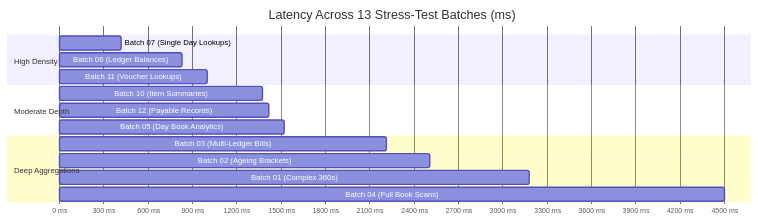
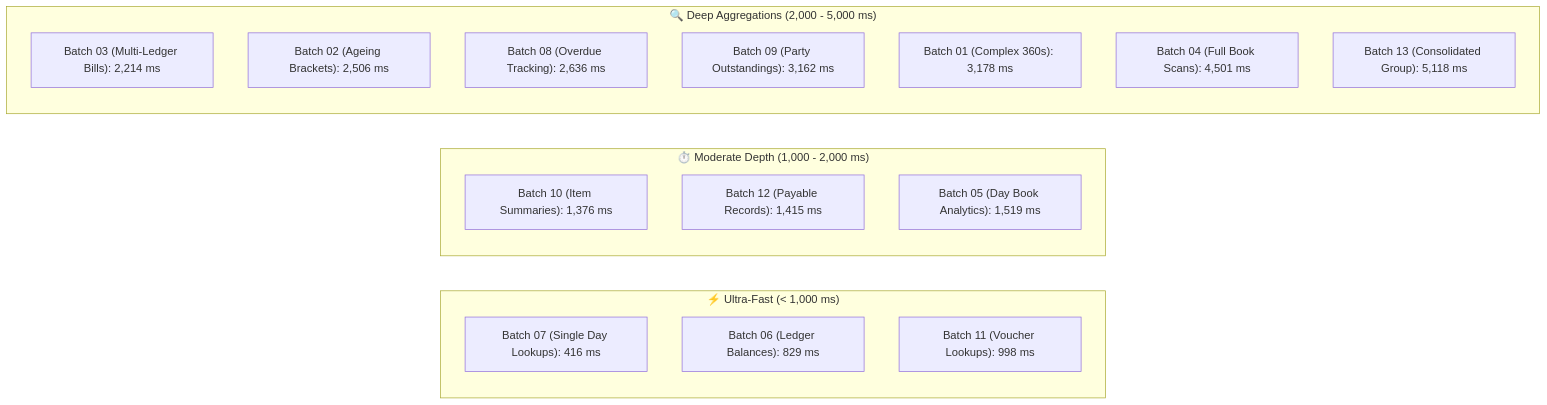
One commit to Avi-Tally/ML_ONNX changed the fourth of 6 diagrams in reports/PRESENTATION_DECK_AI_PROJECT_2.md. Above: the diagram before and after it, drawn with Mermaid. The commit also changed other lines of this file, not shown here.

````diff
--- a/reports/PRESENTATION_DECK_AI_PROJECT_2.md
+++ b/reports/PRESENTATION_DECK_AI_PROJECT_2.md
@@ -259,20 +272,24 @@
 ```mermaid
-gantt
-    title Latency Across 13 Stress-Test Batches (ms)
-    dateFormat  X
-    axisFormat %s ms
+flowchart LR
+    subgraph FastPath ["⚡ Ultra-Fast (< 1,000 ms)"]
+        B07["Batch 07 (Single Day Lookups): 416 ms"]
+        B06["Batch 06 (Ledger Balances): 829 ms"]
+        B11["Batch 11 (Voucher Lookups): 998 ms"]
+    end
 
-    section High Density
-    Batch 07 (Single Day Lookups) :0, 416
-    Batch 06 (Ledger Balances)    :0, 829
-    Batch 11 (Voucher Lookups)    :0, 998
-    section Moderate Depth
-    Batch 10 (Item Summaries)     :0, 1376
-    Batch 12 (Payable Records)    :0, 1415
-    Batch 05 (Day Book Analytics) :0, 1519
-    section Deep Aggregations
-    Batch 03 (Multi-Ledger Bills) :0, 2214
-    Batch 02 (Ageing Brackets)    :0, 2506
-    Batch 01 (Complex 360s)       :0, 3178
-    Batch 04 (Full Book Scans)    :0, 4501
+    subgraph MidPath ["⏱️ Moderate Depth (1,000 - 2,000 ms)"]
+        B10["Batch 10 (Item Summaries): 1,376 ms"]
+        B12["Batch 12 (Payable Records): 1,415 ms"]
+        B05["Batch 05 (Day Book Analytics): 1,519 ms"]
+    end
+
+    subgraph DeepPath ["🔍 Deep Aggregations (2,000 - 5,000 ms)"]
+        B03["Batch 03 (Multi-Ledger Bills): 2,214 ms"]
+        B02["Batch 02 (Ageing Brackets): 2,506 ms"]
+        B08["Batch 08 (Overdue Tracking): 2,636 ms"]
+        B09["Batch 09 (Party Outstandings): 3,162 ms"]
+        B01["Batch 01 (Complex 360s): 3,178 ms"]
+        B04["Batch 04 (Full Book Scans): 4,501 ms"]
+        B13["Batch 13 (Consolidated Group): 5,118 ms"]
+    end
 ```
````
